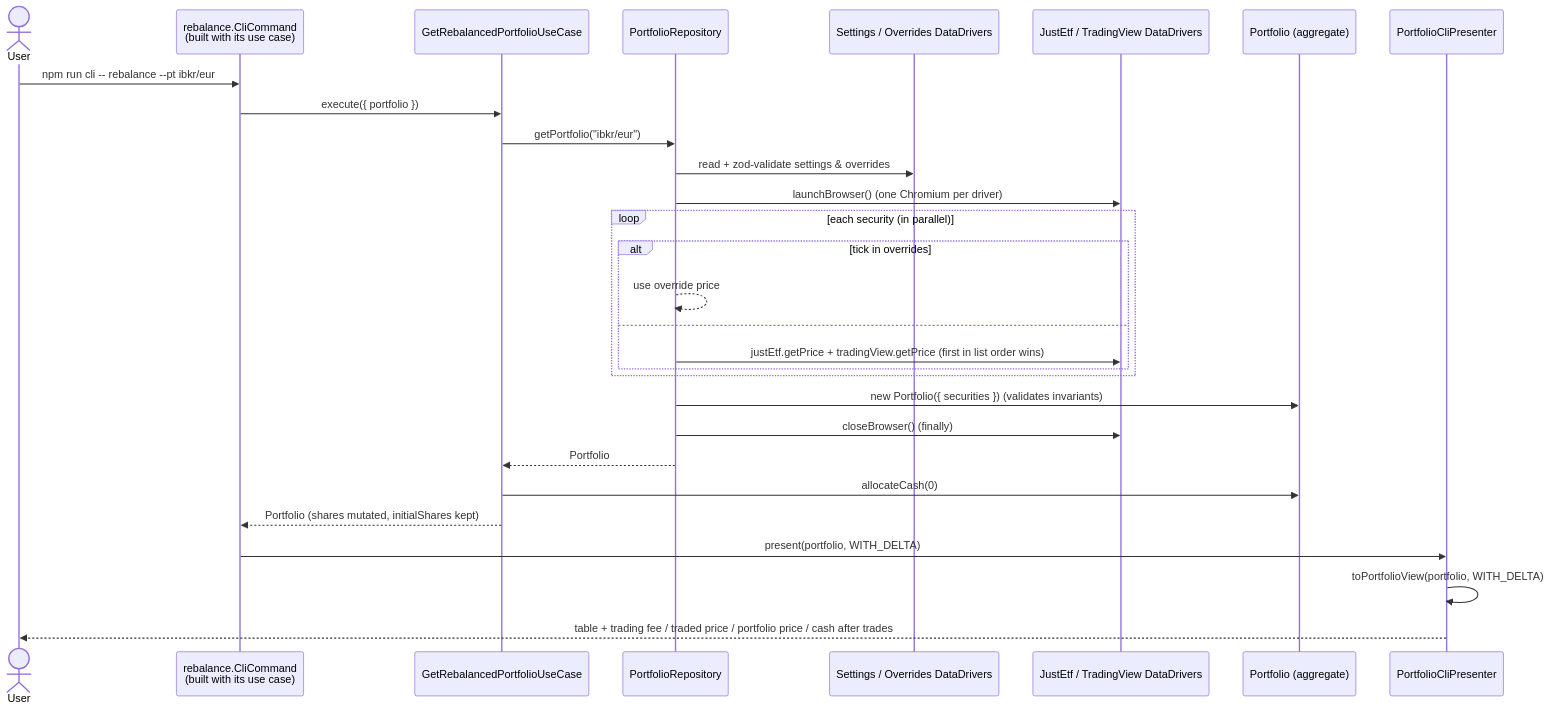
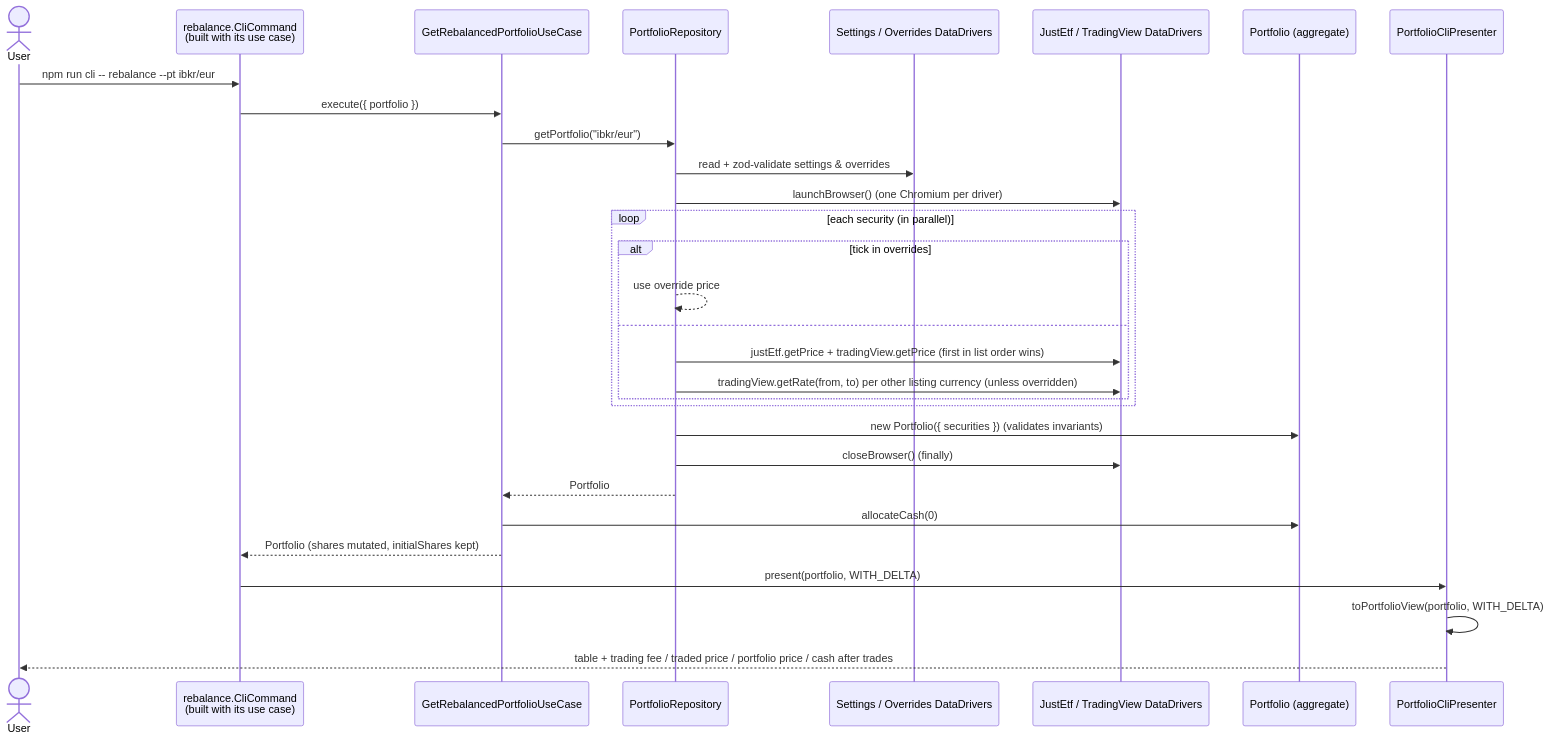
One commit to armaaar/stock-calc changed the third of 3 diagrams in docs/architecture/overview.md. Above: the diagram before and after it, drawn with Mermaid. The commit also changed other lines of this file and 55 other files, not shown here.

````diff
--- a/docs/architecture/overview.md
+++ b/docs/architecture/overview.md
@@ -77,32 +77,33 @@
 ```mermaid
 sequenceDiagram
   actor U as User
   participant C as rebalance.CliCommand<br/>(built with its use case)
   participant UC as GetRebalancedPortfolioUseCase
   participant R as PortfolioRepository
   participant S as Settings / Overrides DataDrivers
   participant P as JustEtf / TradingView DataDrivers
   participant E as Portfolio (aggregate)
   participant V as PortfolioCliPresenter
 
   U->>C: npm run cli -- rebalance --pt ibkr/eur
   C->>UC: execute({ portfolio })
   UC->>R: getPortfolio("ibkr/eur")
   R->>S: read + zod-validate settings & overrides
   R->>P: launchBrowser() (one Chromium per driver)
   loop each security (in parallel)
     alt tick in overrides
       R-->>R: use override price
     else
       R->>P: justEtf.getPrice + tradingView.getPrice (first in list order wins)
+      R->>P: tradingView.getRate(from, to) per other listing currency (unless overridden)
     end
   end
   R->>E: new Portfolio({ securities }) (validates invariants)
   R->>P: closeBrowser() (finally)
   R-->>UC: Portfolio
   UC->>E: allocateCash(0)
   UC-->>C: Portfolio (shares mutated, initialShares kept)
   C->>V: present(portfolio, WITH_DELTA)
   V->>V: toPortfolioView(portfolio, WITH_DELTA)
   V-->>U: table + trading fee / traded price / portfolio price / cash after trades
 ```
````
